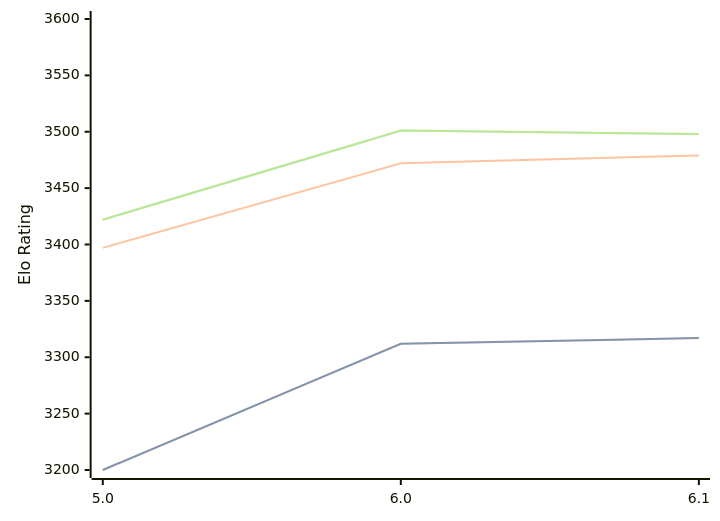
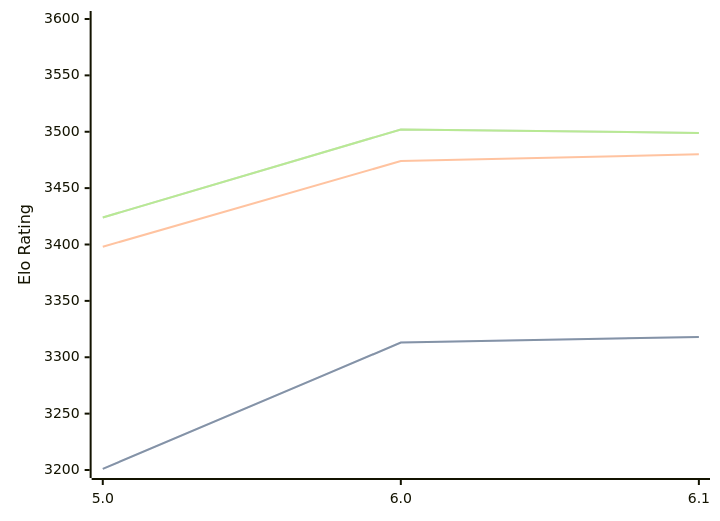
The diagram in engines/Starzix.md (computer-chess-index/cci), drawn with Mermaid before and after one commit. The commit also changed other lines of this file, not shown here.

Commit message:
Update CCI Ratings (ELO VLTC) - 2026-08-15

````diff
--- a/engines/Starzix.md
+++ b/engines/Starzix.md
@@ -33,11 +33,11 @@
 ```mermaid
 %%{init: {"theme":"base","themeVariables":{"seriesColors:['#a3a3a3','#222221','#faa371']}}}%%
 xychart-beta
   x-axis ["5.0", "6.0", "6.1"]
   y-axis "Elo Rating" 3200 --> 3600
-  line "STC (8.0+0.08s)" [3200, 3312, 3317]
-  line "STC (8.0+0.08s)" [3200, 3312, 3317]
-  line "LTC (60.0+0.60s)" [3397, 3472, 3479]
-  line "VLTC (2m24s+1.12s)" [3422, 3501, 3498]
-  line "VLTC (2m24s+1.12s)" [3422, 3501, 3498]
+  line "STC (8.0+0.08s)" [3201, 3313, 3318]
+  line "STC (8.0+0.08s)" [3201, 3313, 3318]
+  line "LTC (60.0+0.60s)" [3398, 3474, 3480]
+  line "VLTC (2m24s+1.12s)" [3424, 3502, 3499]
+  line "VLTC (2m24s+1.12s)" [3424, 3502, 3499]
 ```
````
